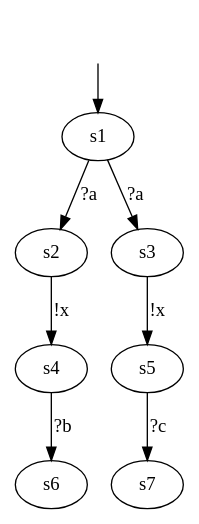
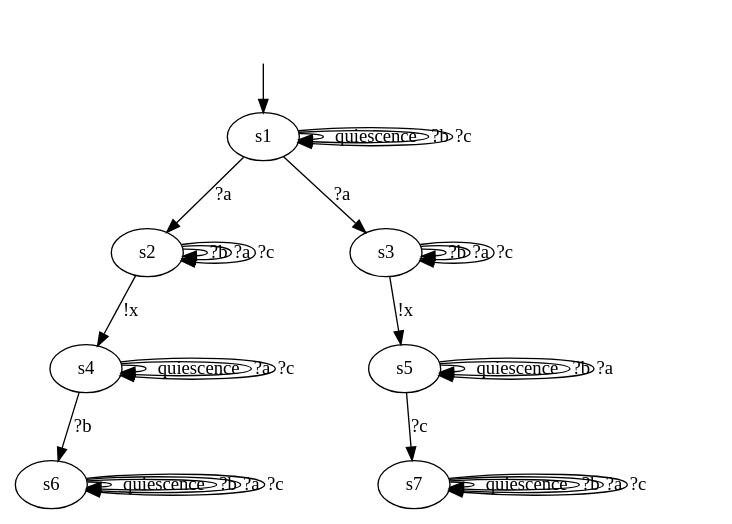
Before and after one commit to haubitzer/AALpy: the diagram in DotModels/Iolts/ioco/07_ioco_P.dot, drawn with Graphviz. The commit also changed 28 other files, not shown here.

```diff
--- a/DotModels/Iolts/ioco/07_ioco_P.dot
+++ b/DotModels/Iolts/ioco/07_ioco_P.dot
@@ -1,20 +1,40 @@
-digraph {
+digraph "../../DotModels/Iolts/ioco/07_ioco_P" {
 s1 [label=s1];
 s2 [label=s2];
 s3 [label=s3];
 s4 [label=s4];
 s5 [label=s5];
 s6 [label=s6];
 s7 [label=s7];
-
-
+s1 -> s1  [label=quiescence];
+s1 -> s3  [label="?a"];
 s1 -> s2  [label="?a"];
-s1 -> s3  [label="?a"];
+s1 -> s1  [label="?b"];
+s1 -> s1  [label="?c"];
 s2 -> s4  [label="!x"];
+s2 -> s2  [label="?b"];
+s2 -> s2  [label="?a"];
+s2 -> s2  [label="?c"];
 s3 -> s5  [label="!x"];
+s3 -> s3  [label="?b"];
+s3 -> s3  [label="?a"];
+s3 -> s3  [label="?c"];
+s4 -> s4  [label=quiescence];
 s4 -> s6  [label="?b"];
+s4 -> s4  [label="?a"];
+s4 -> s4  [label="?c"];
+s5 -> s5  [label=quiescence];
 s5 -> s7  [label="?c"];
-
+s5 -> s5  [label="?b"];
+s5 -> s5  [label="?a"];
+s6 -> s6  [label=quiescence];
+s6 -> s6  [label="?b"];
+s6 -> s6  [label="?a"];
+s6 -> s6  [label="?c"];
+s7 -> s7  [label=quiescence];
+s7 -> s7  [label="?b"];
+s7 -> s7  [label="?a"];
+s7 -> s7  [label="?c"];
 __start0 [label="", shape=none];
 __start0 -> s1  [label=""];
 }
```
